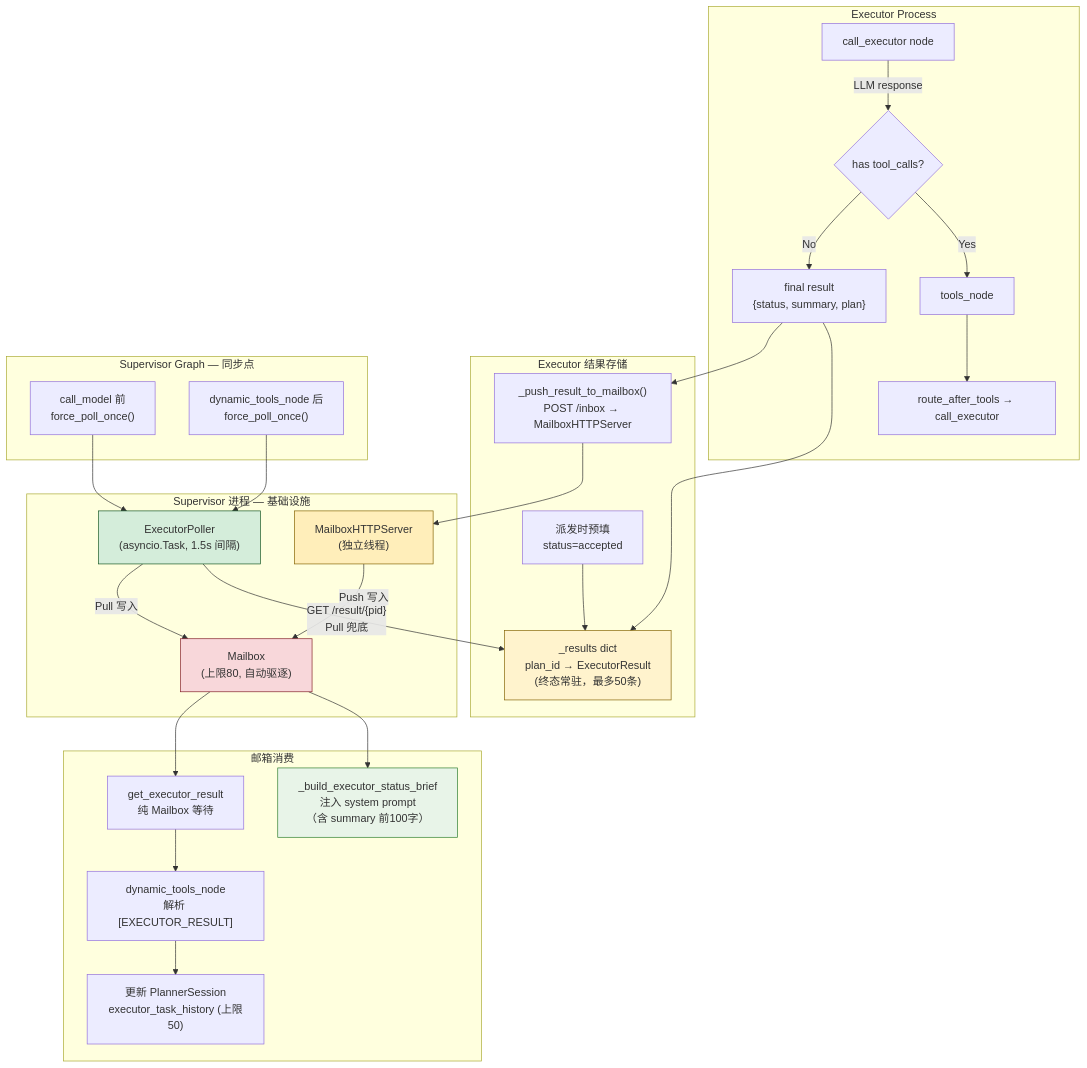
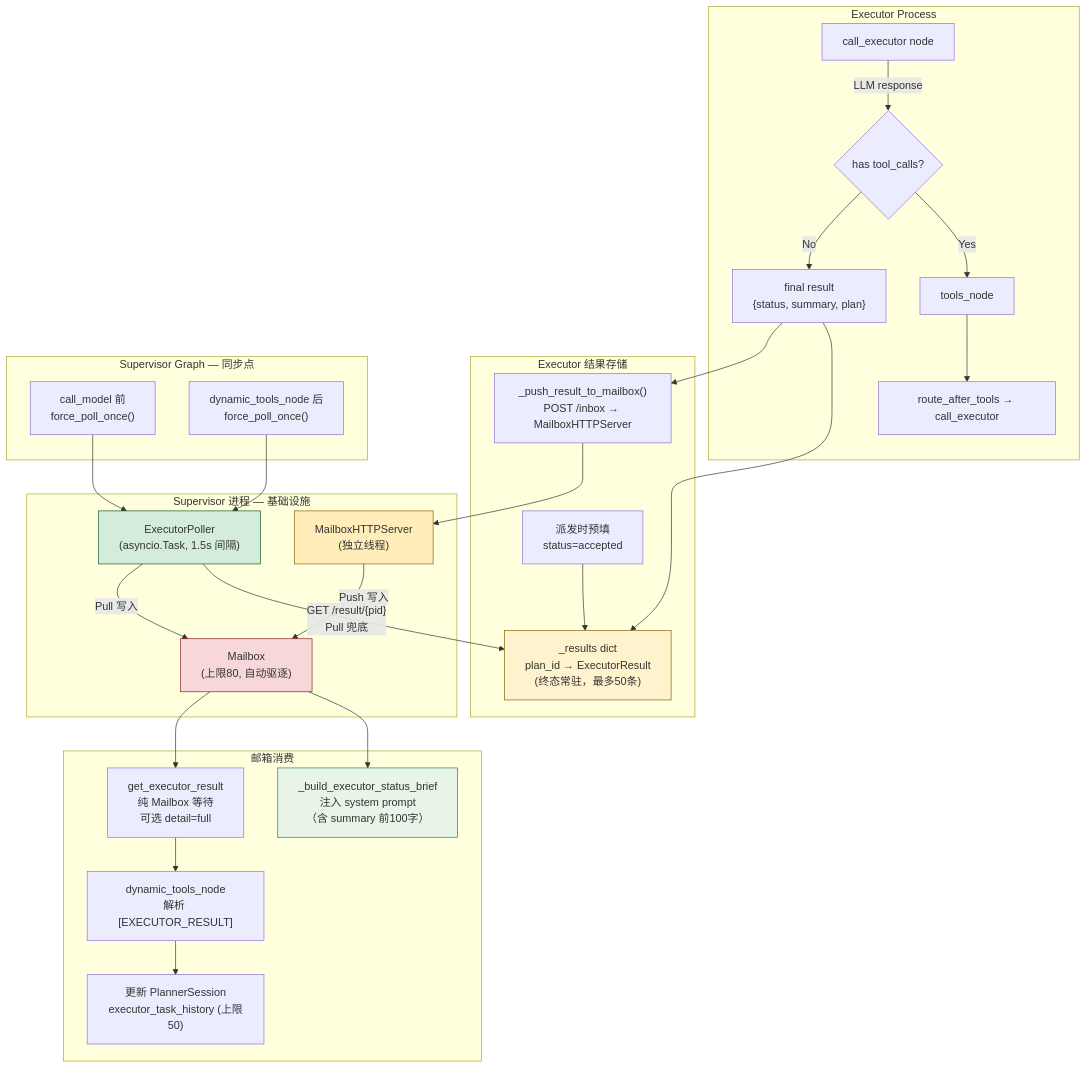
Before and after one commit to Tlaven/agent-triad: the eighth of 8 diagrams in docs/v3-architecture-diagrams.md, drawn with Mermaid. The commit also changed other lines of this file and 8 other files, not shown here.

````diff
--- a/docs/v3-architecture-diagrams.md
+++ b/docs/v3-architecture-diagrams.md
@@ -366,42 +366,42 @@
 ```mermaid
 flowchart TD
     subgraph ExecGraph["Executor Process"]
         A["call_executor node"] -->|LLM response| B{has tool_calls?}
         B -->|Yes| C[tools_node]
         C --> F["route_after_tools → call_executor"]
         B -->|No| G["final result<br/>{status, summary, plan}"]
     end
 
     subgraph Storage["Executor 结果存储"]
         G --> H["_results dict<br/>plan_id → ExecutorResult<br/>(终态常驻，最多50条)"]
         I["派发时预填<br/>status=accepted"] --> H
         G --> PUSH["_push_result_to_mailbox()<br/>POST /inbox → MailboxHTTPServer"]
     end
 
     subgraph SupervisorInfra["Supervisor 进程 — 基础设施"]
         MBS["MailboxHTTPServer<br/>(独立线程)"]
         EP["ExecutorPoller<br/>(asyncio.Task, 1.5s 间隔)"]
         PUSH --> MBS
         MBS -->|Push 写入| MB["Mailbox<br/>(上限80, 自动驱逐)"]
         EP -->|"GET /result/{pid}<br/>Pull 兜底"| H
         EP -->|Pull 写入| MB
     end
 
     subgraph SupervisorGraph["Supervisor Graph — 同步点"]
         FC1["call_model 前<br/>force_poll_once()"] --> EP
         FC2["dynamic_tools_node 后<br/>force_poll_once()"] --> EP
     end
 
     subgraph Consumption["邮箱消费"]
         MB --> O["_build_executor_status_brief<br/>注入 system prompt<br/>（含 summary 前100字）"]
-        MB --> GER["get_executor_result<br/>纯 Mailbox 等待"]
+        MB --> GER["get_executor_result<br/>纯 Mailbox 等待<br/>可选 detail=full"]
         GER --> P["dynamic_tools_node<br/>解析 [EXECUTOR_RESULT]"]
         P --> Q["更新 PlannerSession<br/>executor_task_history (上限50)"]
     end
 
     style H fill:#fff3cd,stroke:#856404
     style MB fill:#f8d7da,stroke:#842029
     style MBS fill:#ffeeba,stroke:#856404
     style EP fill:#d4edda,stroke:#155724
     style O fill:#e8f4e8,stroke:#2d7d2d
 ```
````
